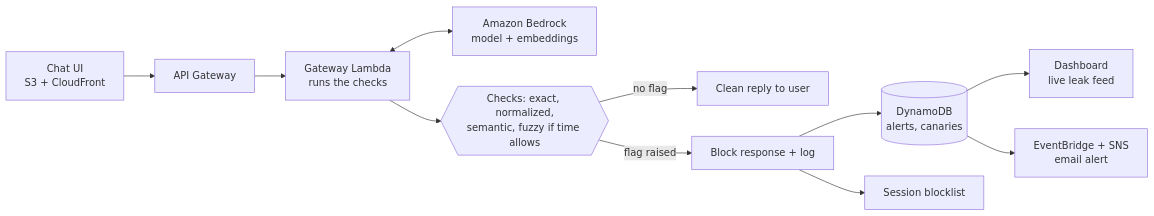
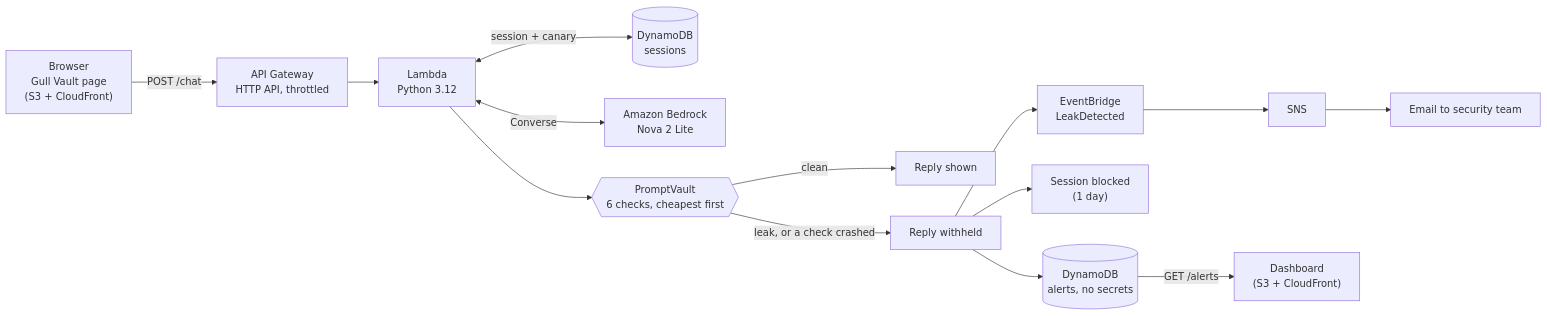
Before and after one commit to tnguyen23dotcom/GullHack-P2026: the diagram in README.md, drawn with Mermaid. The commit also changed other lines of this file and 3 other files, not shown here.

````diff
--- a/README.md
+++ b/README.md
@@ -67,13 +24,14 @@
 ```mermaid
 flowchart LR
-    UI[Chat UI<br/>S3 + CloudFront] --> APIGW[API Gateway]
-    APIGW --> LAM[Gateway Lambda<br/>runs the checks]
-    LAM <--> BR[Amazon Bedrock<br/>model + embeddings]
-    LAM --> CHK{{Checks: exact, normalized,<br/>semantic, fuzzy if time allows}}
-    CHK -- no flag --> OK[Clean reply to user]
-    CHK -- flag raised --> BLK[Block response + log]
-    BLK --> DDB[(DynamoDB<br/>alerts, canaries)]
-    BLK --> BL[Session blocklist]
-    DDB --> DASH[Dashboard<br/>live leak feed]
-    DDB --> SNS[EventBridge + SNS<br/>email alert]
+  U["Browser<br/>Gull Vault page<br/>(S3 + CloudFront)"] -->|POST /chat| G["API Gateway<br/>HTTP API, throttled"]
+  G --> L["Lambda<br/>Python 3.12"]
+  L <-->|session + canary| S[("DynamoDB<br/>sessions")]
+  L <-->|Converse| B["Amazon Bedrock<br/>Nova 2 Lite"]
+  L --> C{{"PromptVault<br/>6 checks, cheapest first"}}
+  C -->|clean| OK["Reply shown"]
+  C -->|leak, or a check crashed| W["Reply withheld"]
+  W --> A[("DynamoDB<br/>alerts, no secrets")]
+  W --> BL["Session blocked<br/>(1 day)"]
+  W --> E["EventBridge<br/>LeakDetected"] --> N["SNS"] --> M["Email to security team"]
+  A -->|GET /alerts| D["Dashboard<br/>(S3 + CloudFront)"]
 ```
````
